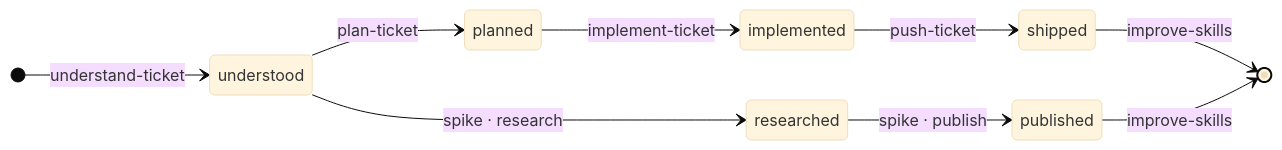
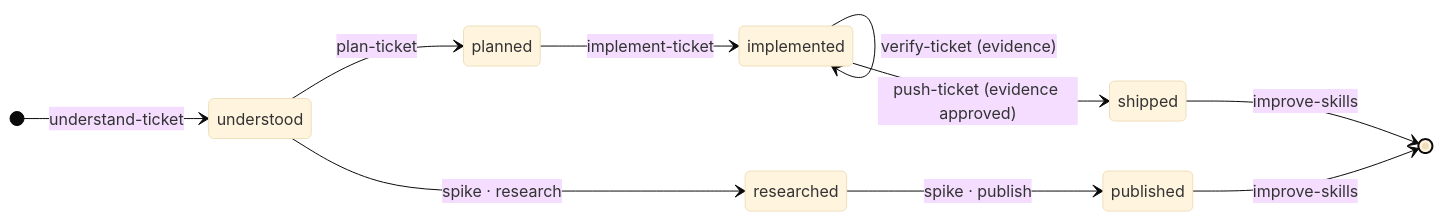
Before and after one commit to petryadriano/claude-code-ticket-workflow: the third of 4 diagrams in docs/ticket-workflow.md, drawn with Mermaid (base theme). The commit also changed other lines of this file and 2 other files, not shown here.

First line of the commit message:
Document the Superpowers substrate and automated-verification flow

````diff
--- a/docs/ticket-workflow.md
+++ b/docs/ticket-workflow.md
@@ -123,12 +162,13 @@
 ```mermaid
 stateDiagram-v2
     direction LR
     [*] --> understood : understand-ticket
     understood --> planned : plan-ticket
     planned --> implemented : implement-ticket
-    implemented --> shipped : push-ticket
+    implemented --> implemented : verify-ticket (evidence)
+    implemented --> shipped : push-ticket (evidence approved)
     shipped --> [*] : improve-skills
     understood --> researched : spike · research
     researched --> published : spike · publish
     published --> [*] : improve-skills
 ```
````
